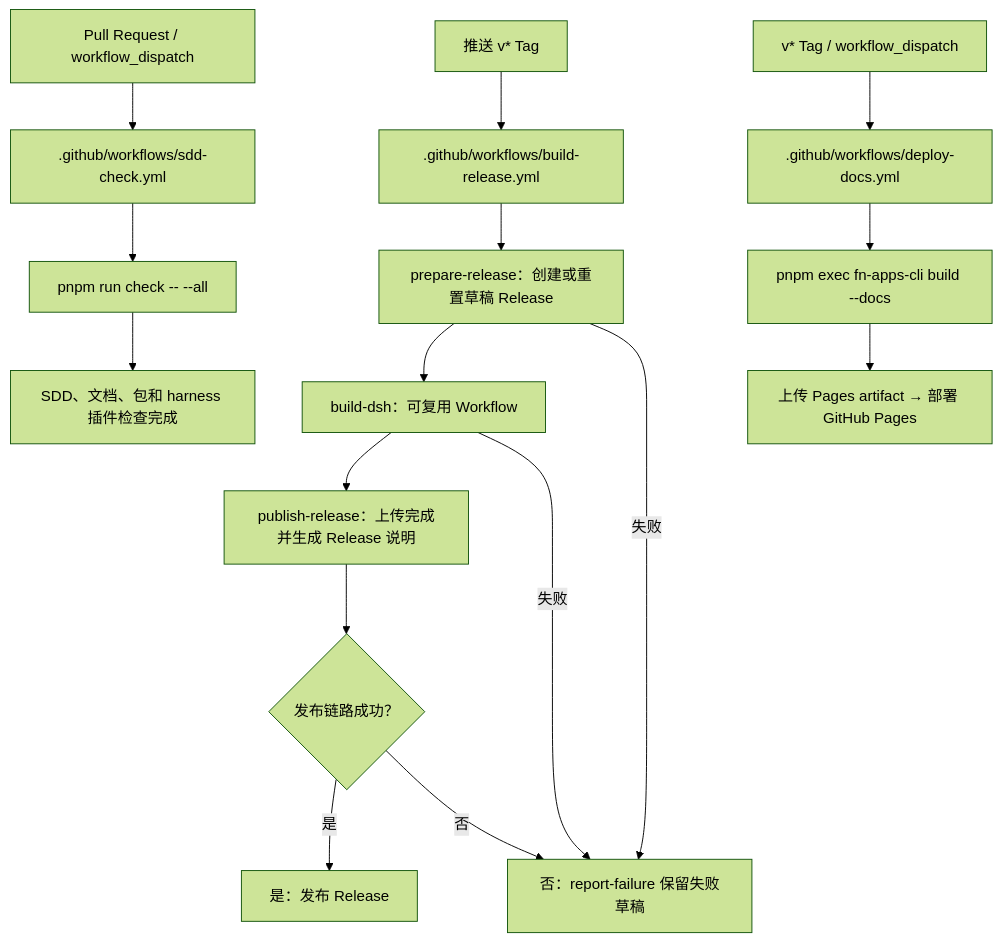
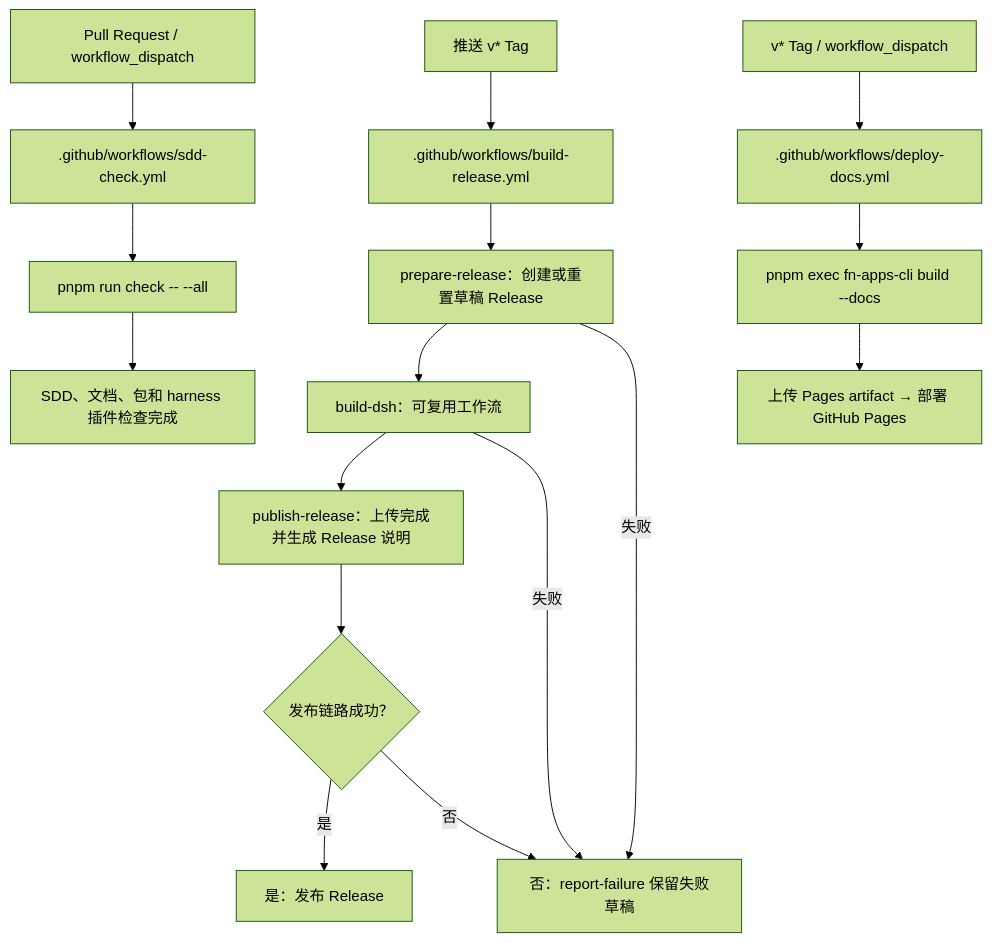
The first of 4 diagrams in docs/development/github-workflows.md (FNOSP/fnos-dsh), drawn with Mermaid (forest theme) before and after one commit. The commit also changed other lines of this file and 22 other files, not shown here.

````diff
--- a/docs/development/github-workflows.md
+++ b/docs/development/github-workflows.md
@@ -13,34 +13,34 @@
 ```mermaid
 flowchart TD
   tag["推送 v* Tag"]
   releaseWorkflow[".github/workflows/build-release.yml"]
   prepare["prepare-release：创建或重置草稿 Release"]
-  dsh["build-dsh：可复用 Workflow"]
+  dsh["build-dsh：可复用工作流"]
   publish["publish-release：上传完成并生成 Release 说明"]
   releaseStatus{"发布链路成功？"}
   releaseDone["是：发布 Release"]
   releaseFailure["否：report-failure 保留失败草稿"]
 
   tag --> releaseWorkflow --> prepare
   prepare --> dsh
   dsh --> publish
   publish --> releaseStatus
   releaseStatus -->|是| releaseDone
   releaseStatus -->|否| releaseFailure
   prepare -->|失败| releaseFailure
   dsh -->|失败| releaseFailure
 
   qualityTrigger["Pull Request / workflow_dispatch"]
   sddWorkflow[".github/workflows/sdd-check.yml"]
   sddRun["pnpm run check -- --all"]
   sddDone["SDD、文档、包和 harness 插件检查完成"]
 
   qualityTrigger --> sddWorkflow --> sddRun --> sddDone
 
   docsTrigger["v* Tag / workflow_dispatch"]
   docsWorkflow[".github/workflows/deploy-docs.yml"]
   docsRun["pnpm exec fn-apps-cli build --docs"]
   pages["上传 Pages artifact → 部署 GitHub Pages"]
 
   docsTrigger --> docsWorkflow --> docsRun --> pages
 ```
````
